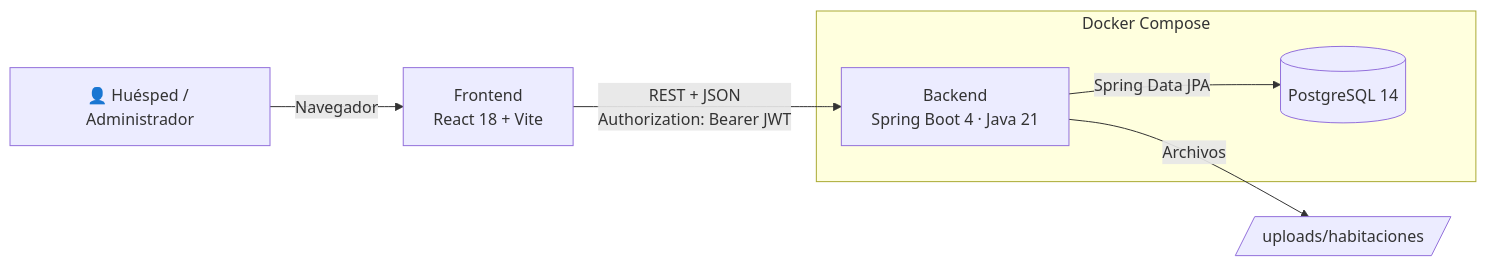
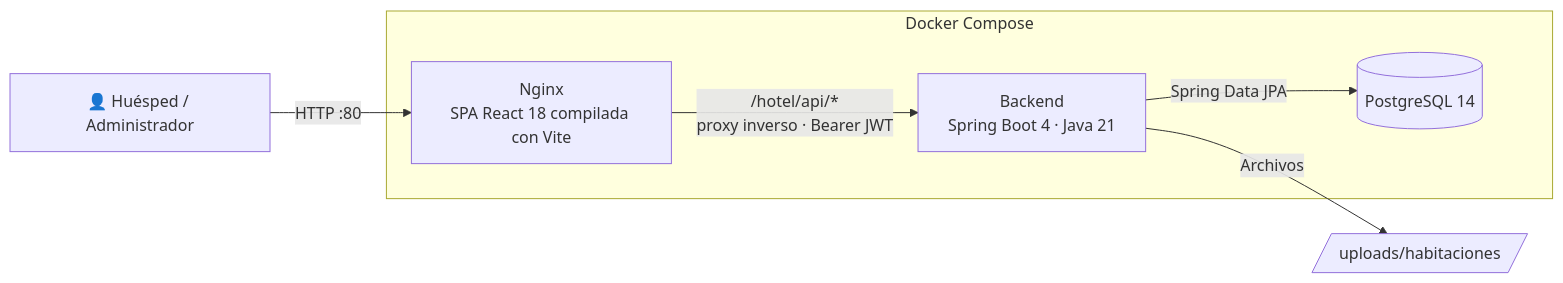
The first of 4 diagrams in README.md (AlfonsoMSDL/Proyecto-hotel), drawn with Mermaid before and after one commit. The commit also changed other lines of this file, not shown here.

````diff
--- a/README.md
+++ b/README.md
@@ -112,11 +112,12 @@
 ```mermaid
 flowchart LR
-    U[👤 Huésped / Administrador] -->|Navegador| FE[Frontend<br/>React 18 + Vite]
-    FE -->|REST + JSON<br/>Authorization: Bearer JWT| BE[Backend<br/>Spring Boot 4 · Java 21]
+    U[👤 Huésped / Administrador] -->|HTTP :80| NG[Nginx<br/>SPA React 18 compilada con Vite]
+    NG -->|/hotel/api/*<br/>proxy inverso · Bearer JWT| BE[Backend<br/>Spring Boot 4 · Java 21]
     BE -->|Spring Data JPA| DB[(PostgreSQL 14)]
     BE -->|Archivos| FS[/uploads/habitaciones/]
     subgraph Docker Compose
+        NG
         BE
         DB
     end
 ```
````
